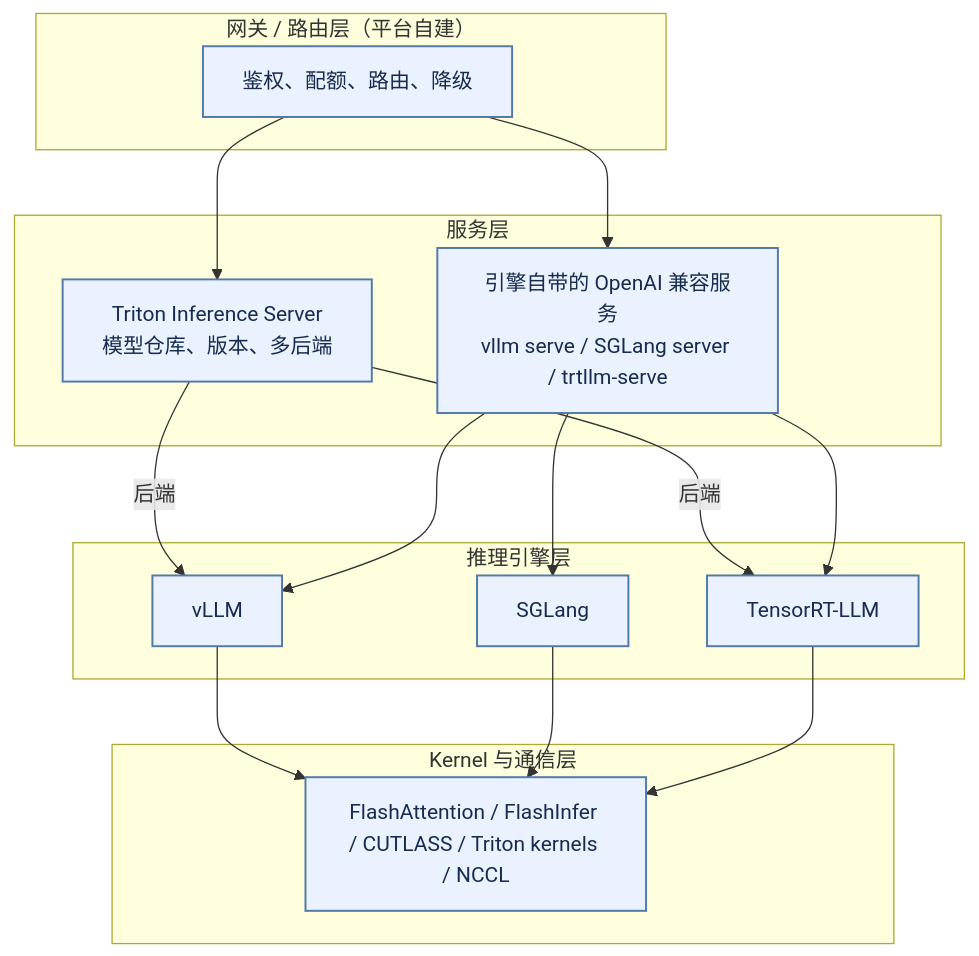
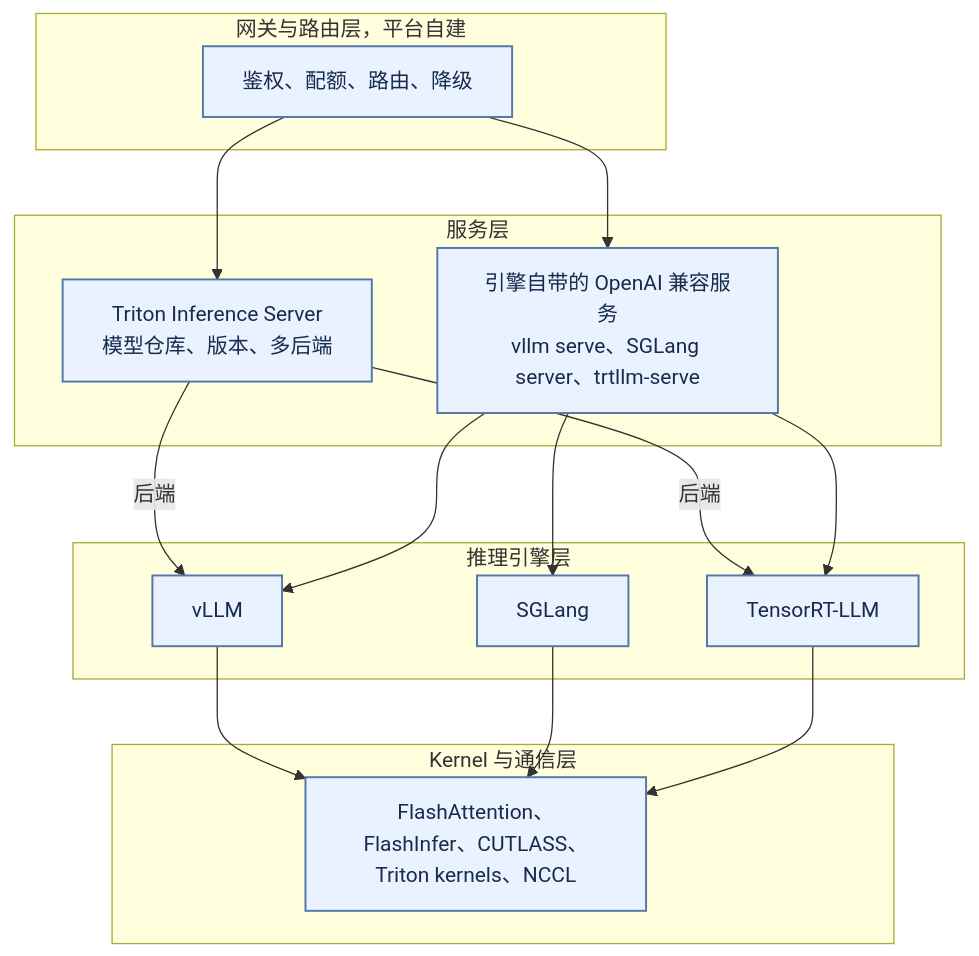
Before and after one commit to wxquare/wxquare.github.io: diagram 16 of 18 in books/ai-book/src/part2/03-inference.md, drawn with Mermaid. The commit also changed other lines of this file and 4 other files, not shown here.

````diff
--- a/books/ai-book/src/part2/03-inference.md
+++ b/books/ai-book/src/part2/03-inference.md
@@ -1880,29 +825,29 @@
 ```mermaid
 flowchart TB
-    subgraph G["网关 / 路由层（平台自建）"]
+    subgraph G["网关与路由层，平台自建"]
         GW["鉴权、配额、路由、降级"]
     end
     subgraph S["服务层"]
         TRI["Triton Inference Server<br/>模型仓库、版本、多后端"]
-        OAI["引擎自带的 OpenAI 兼容服务<br/>vllm serve / SGLang server / trtllm-serve"]
+        OAI["引擎自带的 OpenAI 兼容服务<br/>vllm serve、SGLang server、trtllm-serve"]
     end
     subgraph E["推理引擎层"]
         V["vLLM"]
         SG["SGLang"]
         TL["TensorRT-LLM"]
     end
     subgraph K["Kernel 与通信层"]
-        KN["FlashAttention / FlashInfer / CUTLASS / Triton kernels / NCCL"]
+        KN["FlashAttention、FlashInfer、CUTLASS、Triton kernels、NCCL"]
     end
     GW --> TRI
     GW --> OAI
-    TRI -->|后端| TL
-    TRI -->|后端| V
+    TRI -->|"后端"| TL
+    TRI -->|"后端"| V
     OAI --> V
     OAI --> SG
     OAI --> TL
     V --> KN
     SG --> KN
     TL --> KN
     classDef default fill:#eaf2ff,stroke:#5279aa,stroke-width:1.5px,color:#172b4d;
 ```
````
